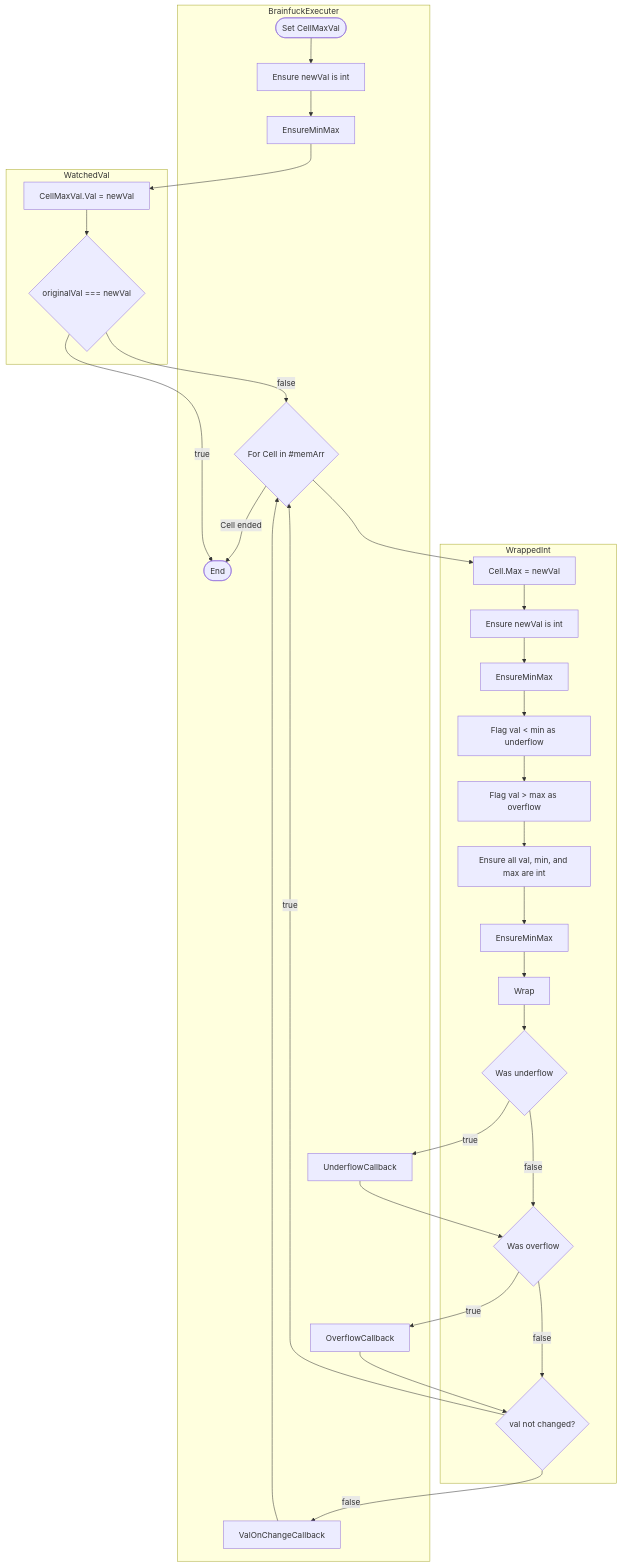
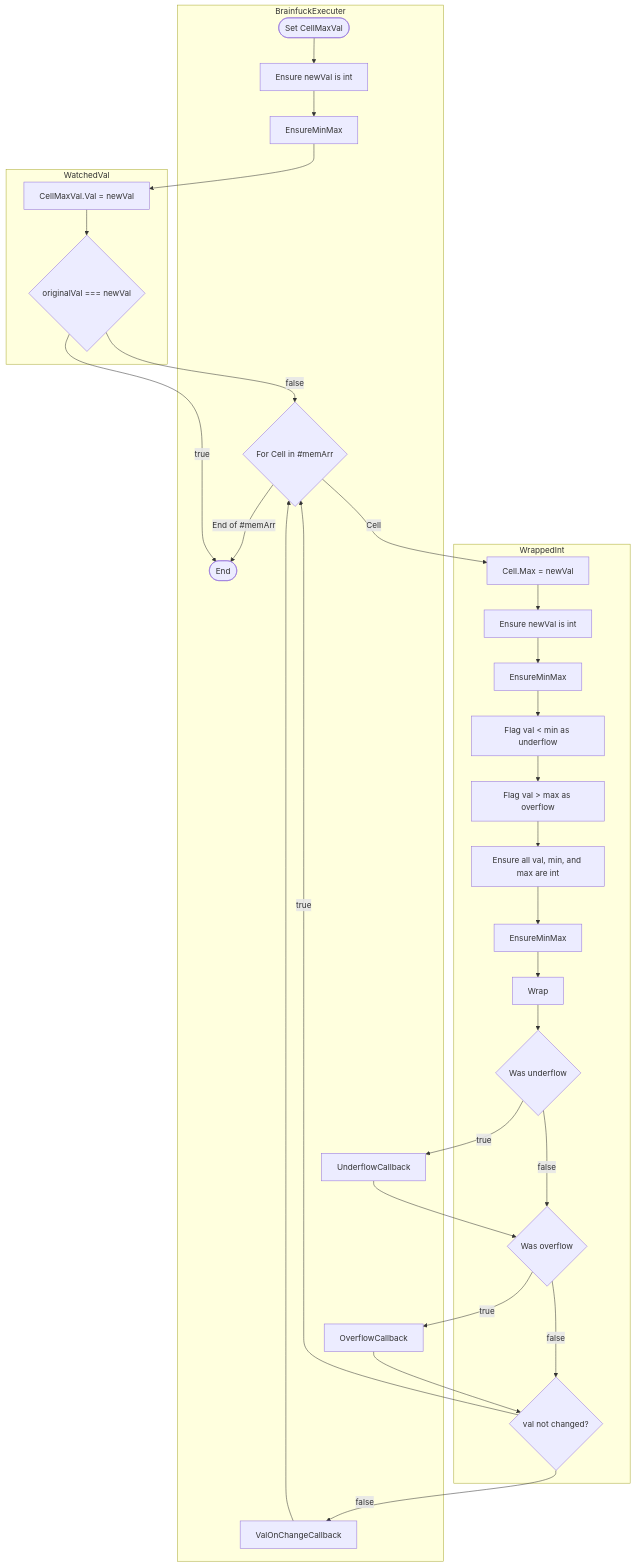
One commit to BCS21090011/BrainFucker changed the sixth of 25 diagrams in src/Classes_Info/BrainfuckExecuter.md. Above: the diagram before and after it, drawn with Mermaid. The commit also changed other lines of this file, not shown here.

Commit message:
Changed some names.

```diff
--- a/src/Classes_Info/BrainfuckExecuter.md
+++ b/src/Classes_Info/BrainfuckExecuter.md
@@ -311,7 +311,7 @@
         WatchedValCheckSameVal
         --false-->
         ForAllCell
-        -->
+        --Cell-->
         SetIndCellMax
         -->
         WrappedIntEnsureInt
@@ -341,7 +341,7 @@
         ValOnChangeCallback
         -->
         ForAllCell
-        --Cell ended-->
+        --End of #memArr-->
         End
 
         WatchedValCheckSameVal
```
